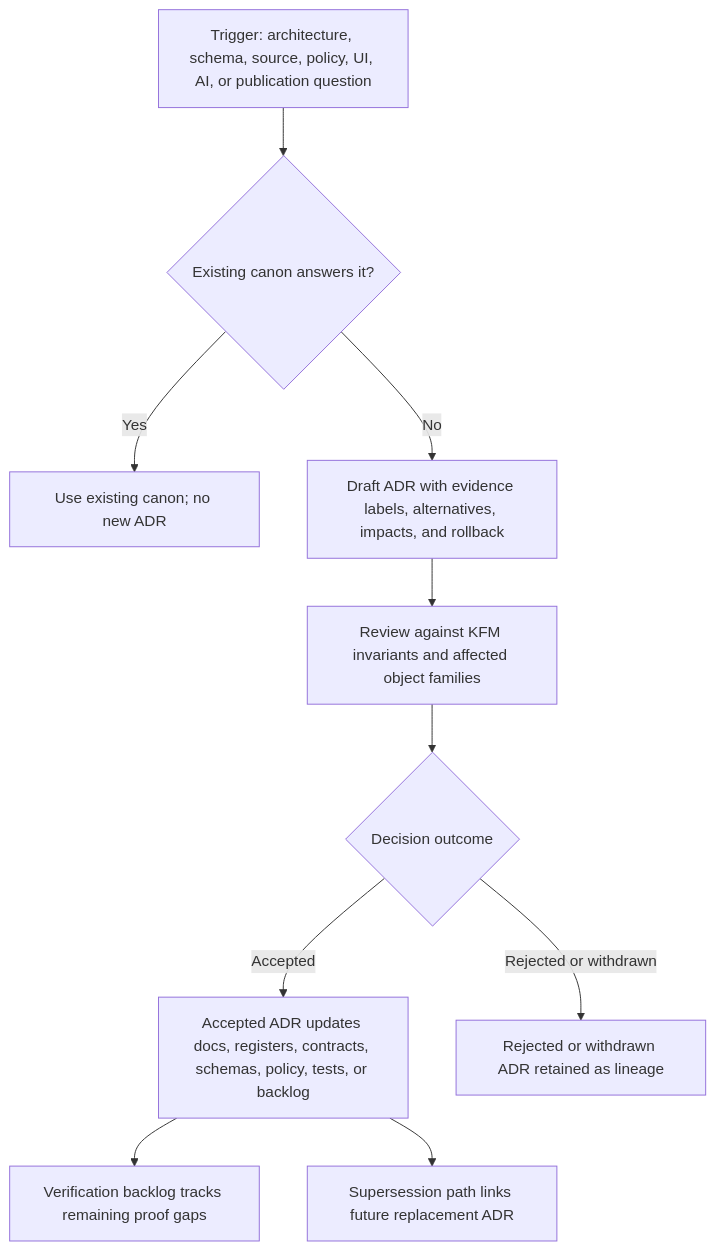
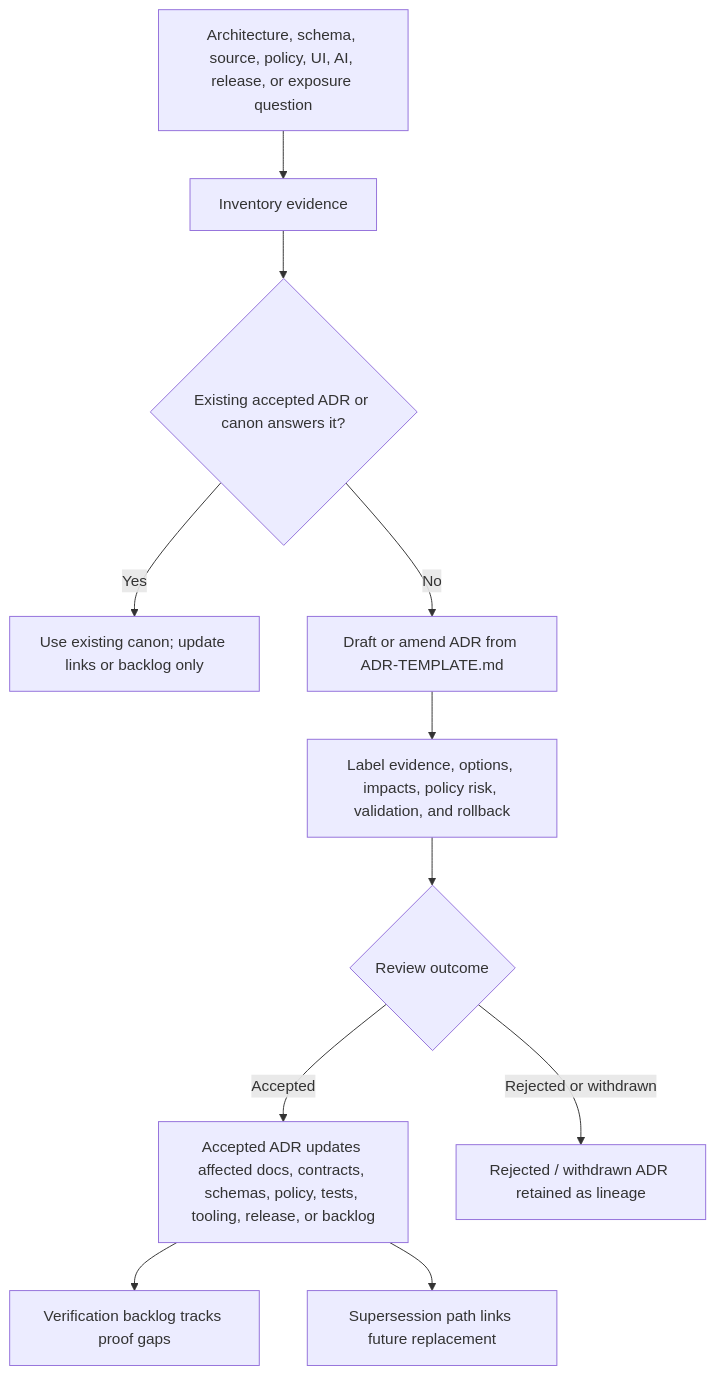
The diagram in docs/adr/README.md (bartytime4life/Kansas-Frontier-Matrix), drawn with Mermaid before and after one commit. The commit also changed other lines of this file, not shown here.

````diff
--- a/docs/adr/README.md
+++ b/docs/adr/README.md
@@ -187,23 +220,25 @@
 ```mermaid
 flowchart TD
-    A[Trigger: architecture, schema, source, policy, UI, AI, or publication question]
-    B{Existing canon answers it?}
-    C[Use existing canon; no new ADR]
-    D[Draft ADR with evidence labels, alternatives, impacts, and rollback]
-    E[Review against KFM invariants and affected object families]
-    F{Decision outcome}
-    G[Accepted ADR updates docs, registers, contracts, schemas, policy, tests, or backlog]
-    H[Rejected or withdrawn ADR retained as lineage]
-    I[Verification backlog tracks remaining proof gaps]
-    J[Supersession path links future replacement ADR]
+    A[Architecture, schema, source, policy, UI, AI, release, or exposure question]
+    B[Inventory evidence]
+    C{Existing accepted ADR or canon answers it?}
+    D[Use existing canon; update links or backlog only]
+    E[Draft or amend ADR from ADR-TEMPLATE.md]
+    F[Label evidence, options, impacts, policy risk, validation, and rollback]
+    G{Review outcome}
+    H[Accepted ADR updates affected docs, contracts, schemas, policy, tests, tooling, release, or backlog]
+    I[Rejected / withdrawn ADR retained as lineage]
+    J[Verification backlog tracks proof gaps]
+    K[Supersession path links future replacement]
 
     A --> B
-    B -- Yes --> C
-    B -- No --> D
-    D --> E
+    B --> C
+    C -- Yes --> D
+    C -- No --> E
     E --> F
-    F -- Accepted --> G
-    F -- Rejected or withdrawn --> H
-    G --> I
-    G --> J
+    F --> G
+    G -- Accepted --> H
+    G -- Rejected or withdrawn --> I
+    H --> J
+    H --> K
 ```
````
